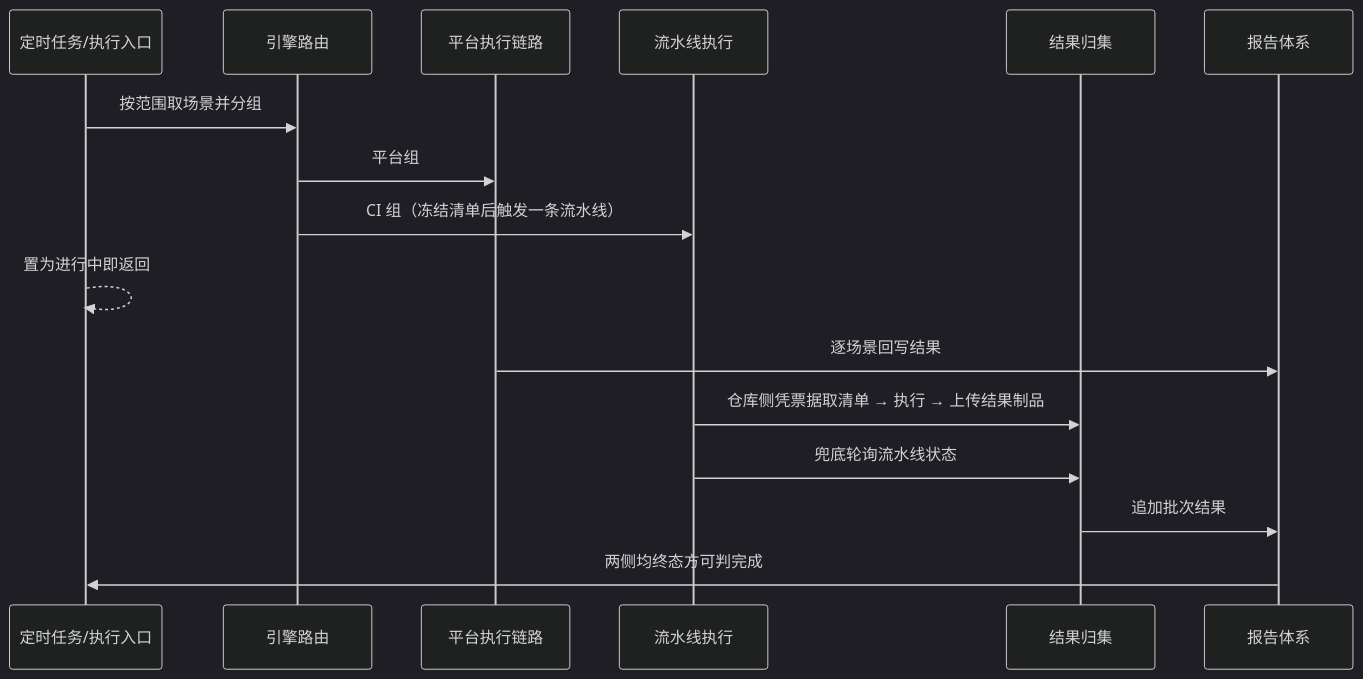
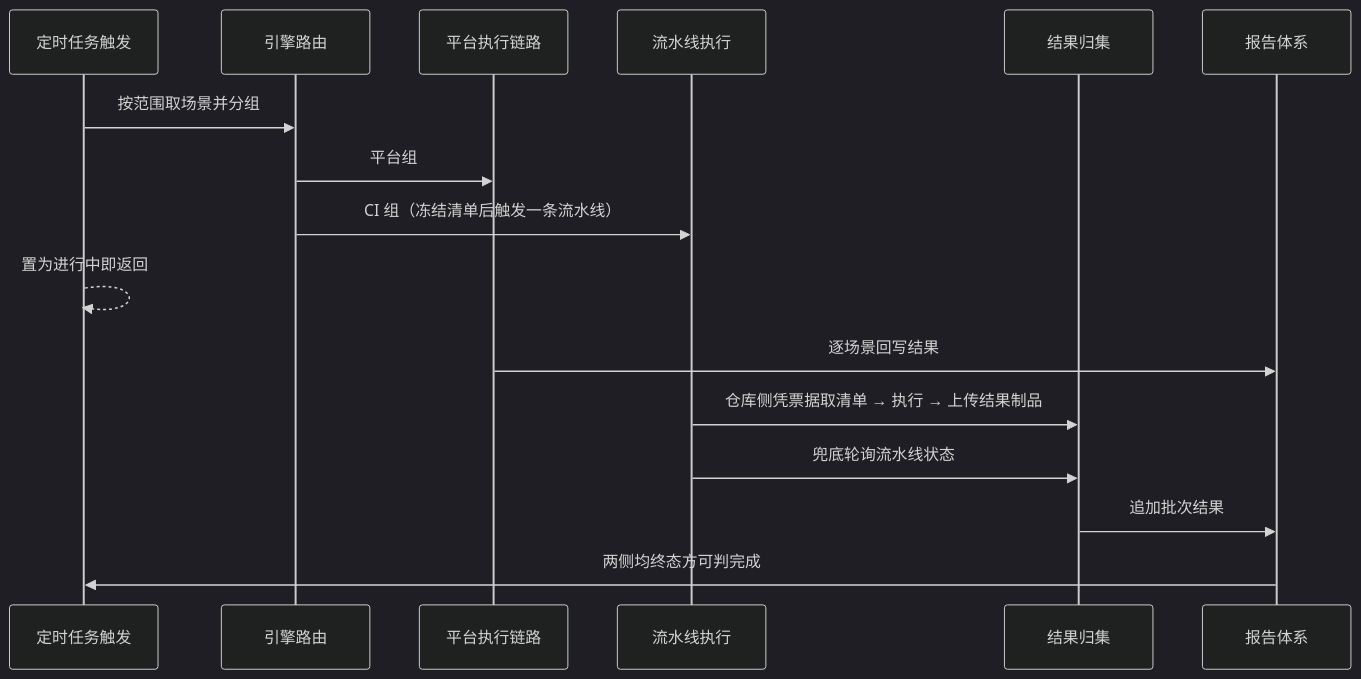
The second of 3 diagrams in docs/02-high-level-design/05-api-testing/11-hld-api-gitlab-integration.md (XiaoMiSum/robotest), drawn with Mermaid (dark theme) before and after one commit. The commit also changed other lines of this file and 7 other files, not shown here.

Commit message:
📝 docs(api-testing): 全链路删除批量执行与批次进度视图，执行入口收敛为编辑页运行按钮

````diff
--- a/docs/02-high-level-design/05-api-testing/11-hld-api-gitlab-integration.md
+++ b/docs/02-high-level-design/05-api-testing/11-hld-api-gitlab-integration.md
@@ -133,19 +133,19 @@
 ```mermaid
 sequenceDiagram
-    participant T as 定时任务/执行入口
+    participant T as 定时任务触发
     participant X as 引擎路由
     participant E as 平台执行链路
     participant P as 流水线执行
     participant C as 结果归集
     participant R as 报告体系
 
     T->>X: 按范围取场景并分组
     X->>E: 平台组
     X->>P: CI 组（冻结清单后触发一条流水线）
     T-->>T: 置为进行中即返回
     E->>R: 逐场景回写结果
     P->>C: 仓库侧凭票据取清单 → 执行 → 上传结果制品
     P->>C: 兜底轮询流水线状态
     C->>R: 追加批次结果
     R->>T: 两侧均终态方可判完成
 ```
````
